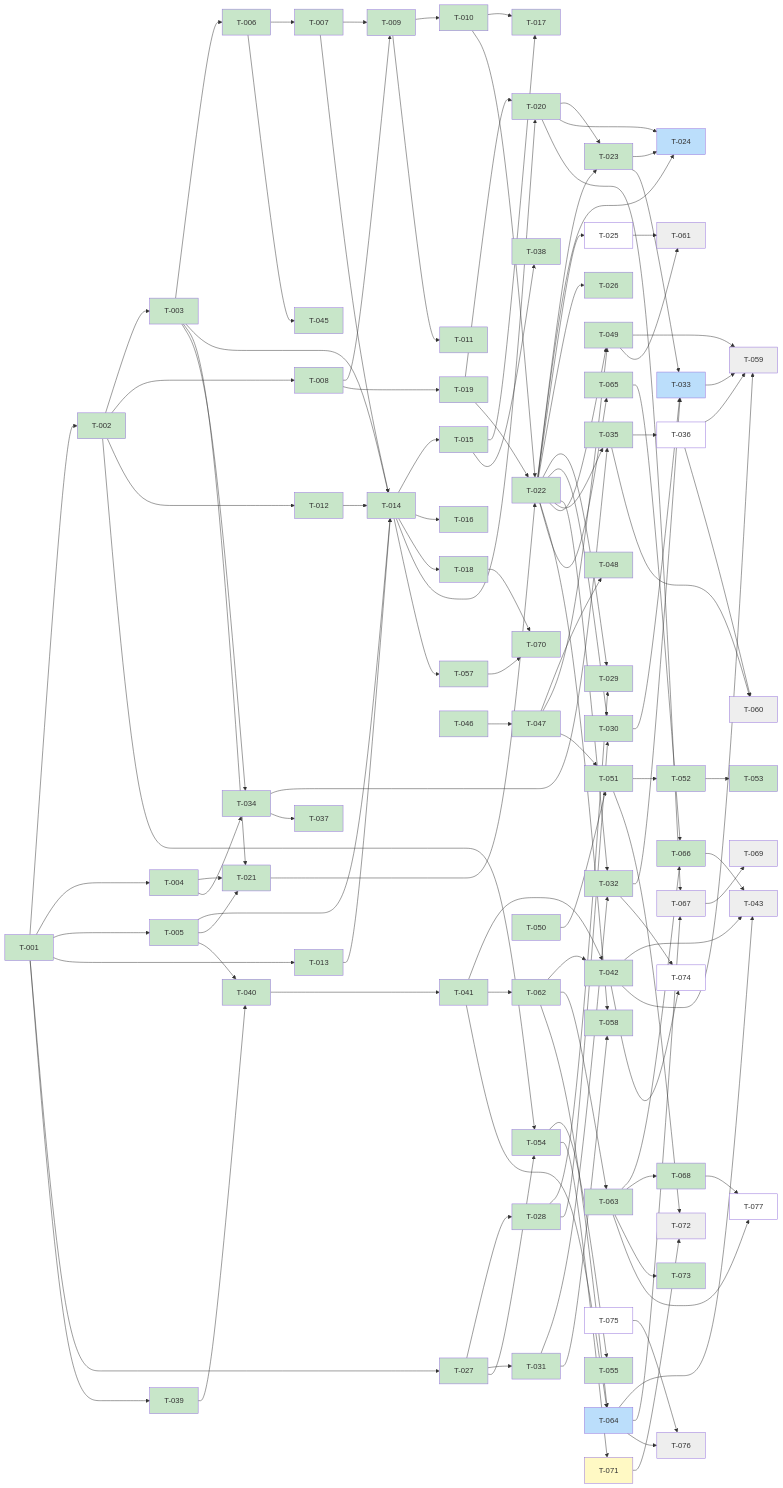
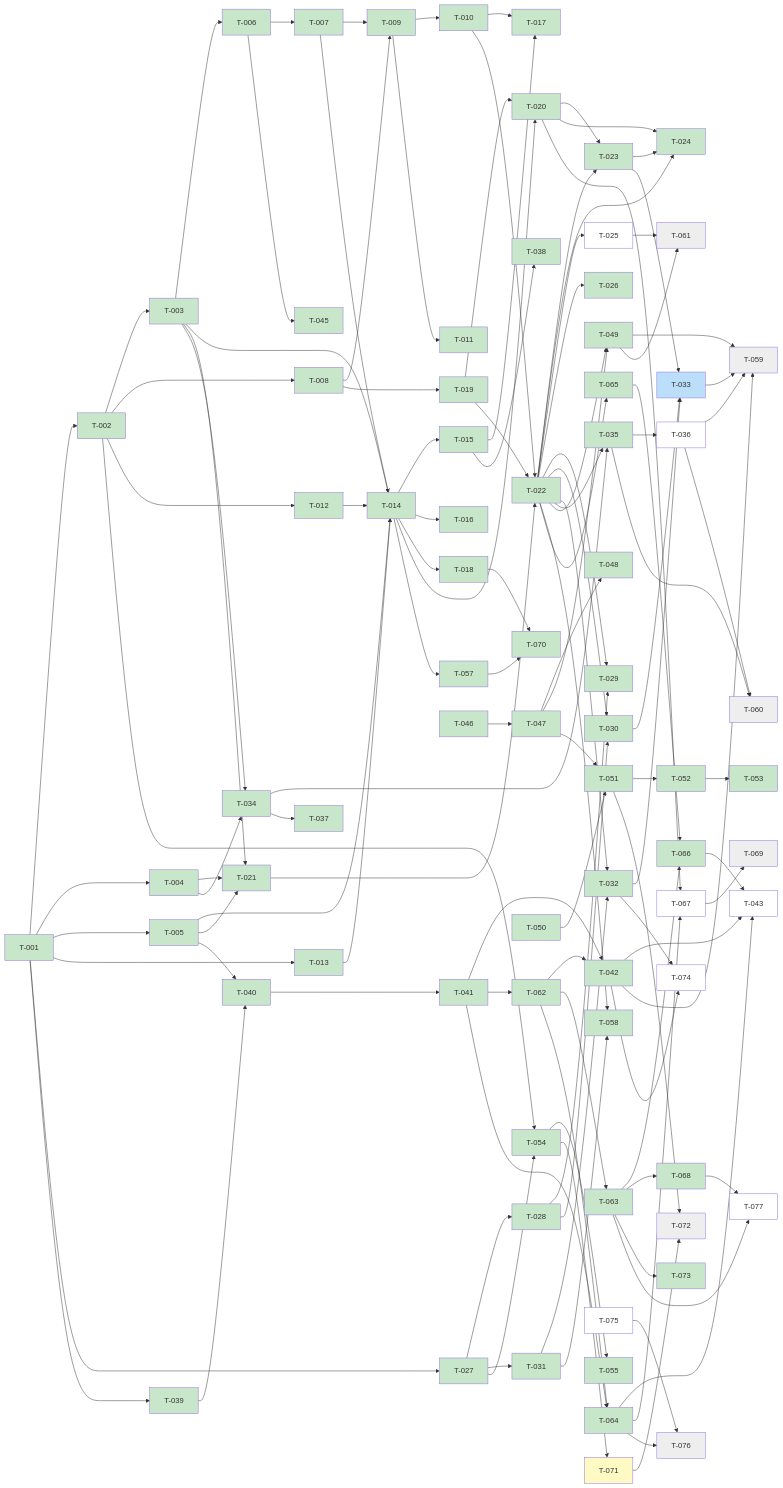
Before and after one commit to scholtz/biatec-chat: the diagram in kanban/BOARD.md, drawn with Mermaid. The commit also changed other lines of this file and 4 other files, not shown here.

````diff
--- a/kanban/BOARD.md
+++ b/kanban/BOARD.md
@@ -231,9 +231,9 @@
   classDef inprogress fill:#bbdefb
   classDef backlog fill:#ffffff
   classDef blocked fill:#eeeeee
-  class T001,T002,T003,T004,T005,T006,T007,T008,T009,T010,T011,T012,T013,T014,T015,T016,T017,T018,T019,T020,T021,T022,T023,T026,T027,T028,T029,T030,T031,T032,T034,T035,T037,T038,T039,T040,T041,T042,T044,T045,T046,T047,T048,T049,T050,T051,T052,T053,T054,T055,T056,T057,T058,T062,T063,T065,T066,T068,T070,T073 done
+  class T001,T002,T003,T004,T005,T006,T007,T008,T009,T010,T011,T012,T013,T014,T015,T016,T017,T018,T019,T020,T021,T022,T023,T024,T026,T027,T028,T029,T030,T031,T032,T034,T035,T037,T038,T039,T040,T041,T042,T044,T045,T046,T047,T048,T049,T050,T051,T052,T053,T054,T055,T056,T057,T058,T062,T063,T064,T065,T066,T068,T070,T073 done
   class T071 review
-  class T024,T033,T064 inprogress
-  class T036,T025,T074,T075,T077 backlog
-  class T059,T076,T043,T072,T060,T061,T067,T069 blocked
+  class T033 inprogress
+  class T036,T025,T043,T074,T075,T077,T067 backlog
+  class T059,T076,T072,T060,T061,T069 blocked
 ```
````
